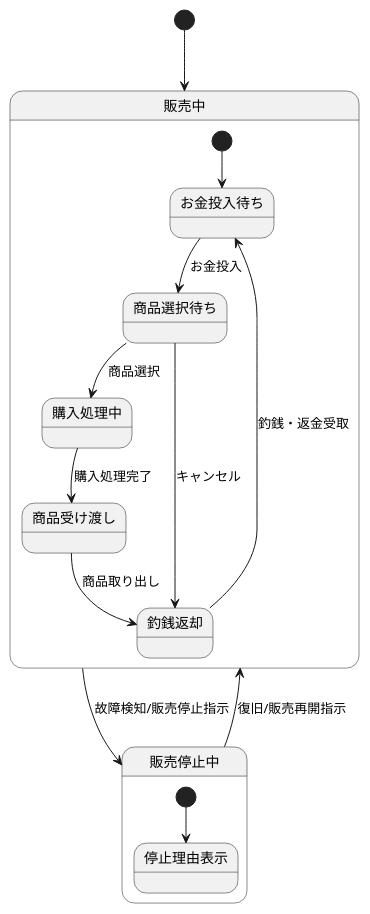
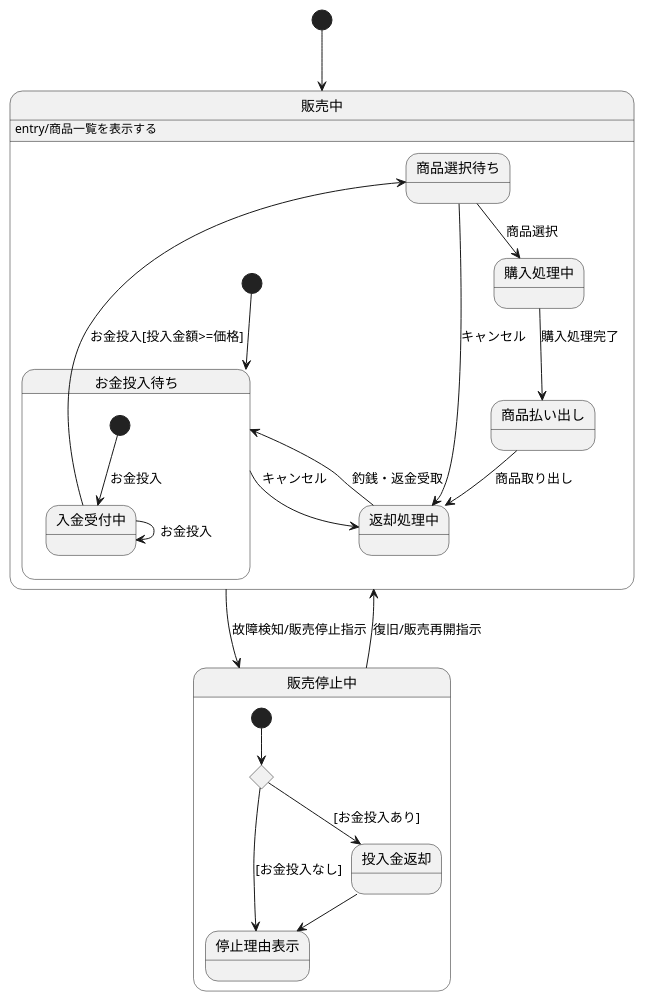
Before and after one commit to masaki-kato-119/VendingMachine: the diagram in ステートマシン図/自動販売機のステートマシン図.wsd, drawn with PlantUML. The commit also changed 2 other files, not shown here.

```diff
--- a/ステートマシン図/自動販売機のステートマシン図.wsd
+++ b/ステートマシン図/自動販売機のステートマシン図.wsd
@@ -1,22 +1,34 @@
 @startuml
 [*] --> 販売中
 
 state 販売中 {
+    販売中 : entry/商品一覧を表示する
+
+    state お金投入待ち {
+        [*] --> 入金受付中 : お金投入
+        入金受付中 --> 入金受付中 : お金投入
+    }
+
     [*] --> お金投入待ち
+    お金投入待ち --> 返却処理中 : キャンセル
 
-    お金投入待ち --> 商品選択待ち : お金投入
+    入金受付中 --> 商品選択待ち : お金投入[投入金額>=価格]
     商品選択待ち --> 購入処理中 : 商品選択
-    商品選択待ち --> 釣銭返却 : キャンセル
-    購入処理中 --> 商品受け渡し : 購入処理完了
-    商品受け渡し --> 釣銭返却 : 商品取り出し
-    釣銭返却 --> お金投入待ち : 釣銭・返金受取
+    商品選択待ち --> 返却処理中 : キャンセル
+    購入処理中 --> 商品払い出し : 購入処理完了
+    商品払い出し --> 返却処理中 : 商品取り出し
+    返却処理中 --> お金投入待ち : 釣銭・返金受取
 }
 
 販売中 --> 販売停止中 : 故障検知/販売停止指示
 販売停止中 --> 販売中 : 復旧/販売再開指示
 
 state 販売停止中 {
-    [*] --> 停止理由表示
+    state c <<choice>>
+    [*] --> c
+    c --> 停止理由表示: [お金投入なし]
+    c --> 投入金返却 : [お金投入あり]
+    投入金返却 --> 停止理由表示
 }
 
 @enduml
```
